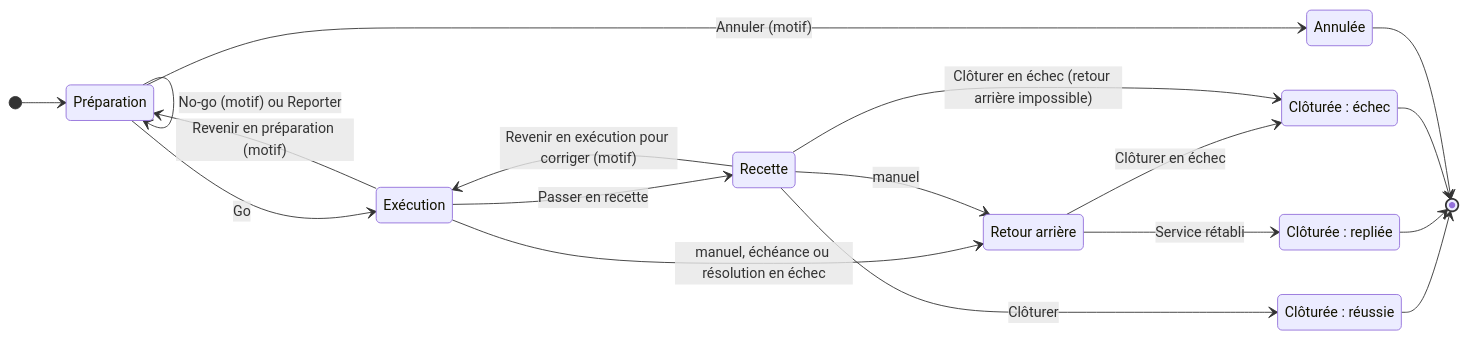
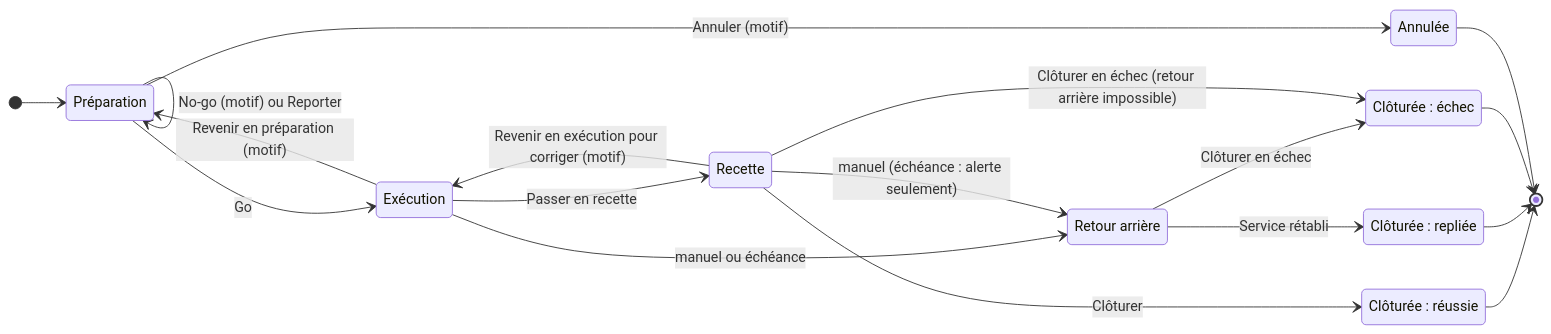
Before and after one commit to SolaDevSolide/gestion-mep: the diagram in docs/Cycle-de-vie.md, drawn with Mermaid. The commit also changed other lines of this file and 93 other files, not shown here.

````diff
--- a/docs/Cycle-de-vie.md
+++ b/docs/Cycle-de-vie.md
@@ -5,25 +5,25 @@
 ```mermaid
 stateDiagram-v2
     direction LR
     [*] --> Préparation
     Préparation --> Exécution : Go
     Préparation --> Préparation : No-go (motif) ou Reporter
     Préparation --> Annulée : Annuler (motif)
     Exécution --> Préparation : Revenir en préparation (motif)
     Exécution --> Recette : Passer en recette
     Recette --> Exécution : Revenir en exécution pour corriger (motif)
     Recette --> Réussie : Clôturer
-    Exécution --> RetourArrière : manuel, échéance ou résolution en échec
-    Recette --> RetourArrière : manuel
+    Exécution --> RetourArrière : manuel ou échéance
+    Recette --> RetourArrière : manuel (échéance : alerte seulement)
     RetourArrière --> Repliée : Service rétabli
     RetourArrière --> Échec : Clôturer en échec
     Recette --> Échec : Clôturer en échec (retour arrière impossible)
     state "Retour arrière" as RetourArrière
     state "Clôturée : réussie" as Réussie
     state "Clôturée : repliée" as Repliée
     state "Clôturée : échec" as Échec
     Réussie --> [*]
     Repliée --> [*]
     Échec --> [*]
     Annulée --> [*]
 ```
````
